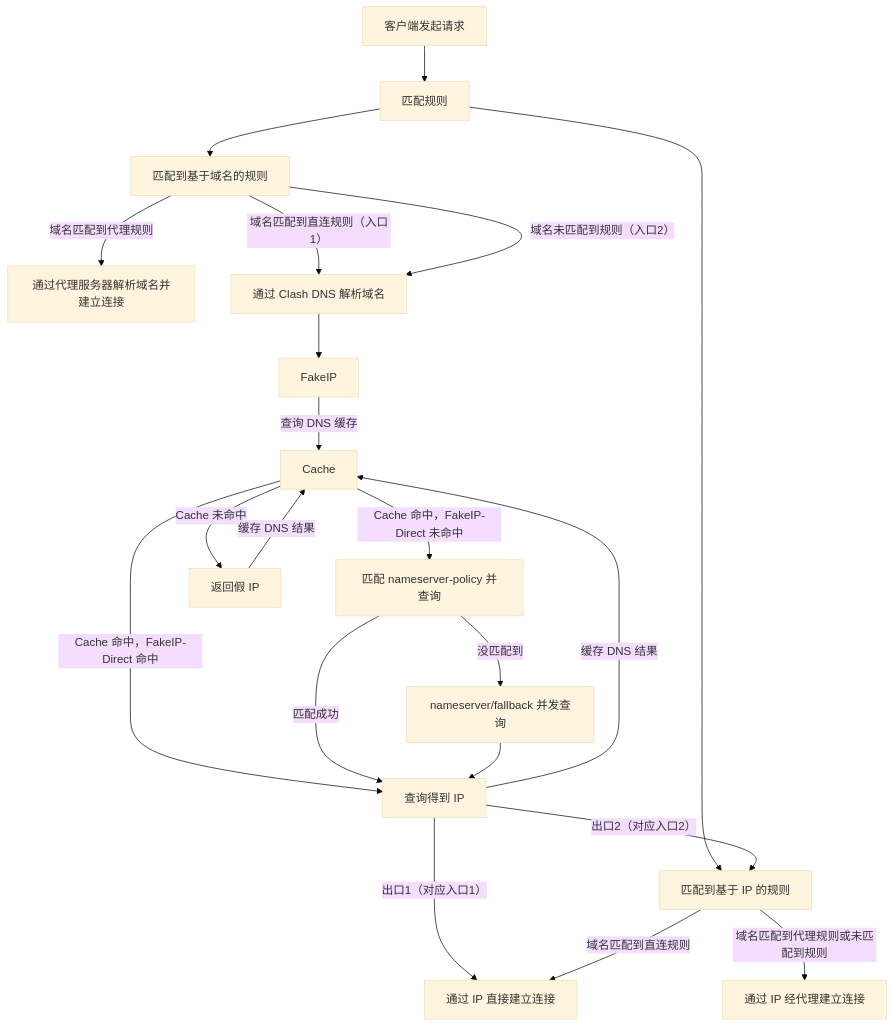
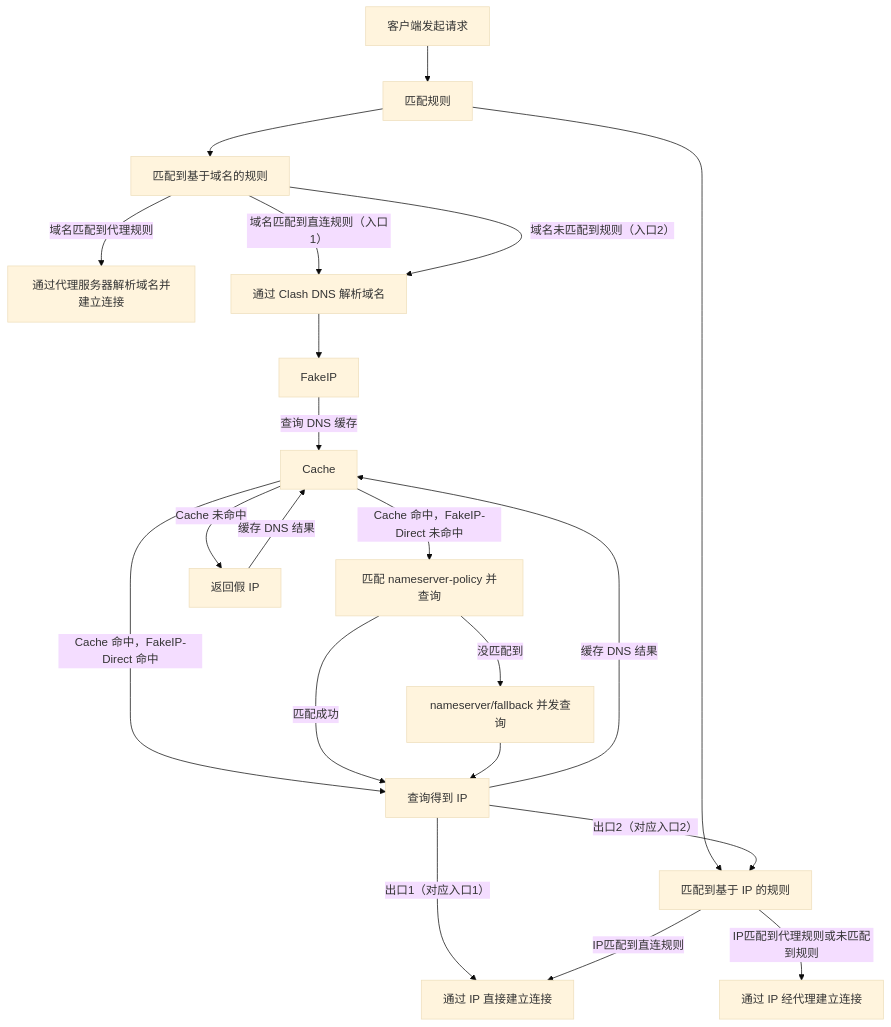
Before and after one commit to Jishi0/sub-rule: the diagram in 1.md, drawn with Mermaid (base theme).

````diff
--- a/1.md
+++ b/1.md
@@ -1,34 +1,34 @@
 ```mermaid
 flowchart TD
   Start[客户端发起请求] --> rule[匹配规则]
   rule -->  Domain[匹配到基于域名的规则]
   rule --> IP[匹配到基于 IP 的规则]
 
   Domain --> |域名匹配到代理规则|Remote[通过代理服务器解析域名并建立连接]
   Domain --> |域名匹配到直连规则（入口1）|DNS[通过 Clash DNS 解析域名]
   Domain --> |域名未匹配到规则（入口2）|DNS
 
   DNS --> FakeIP
   FakeIP --> |查询 DNS 缓存|Cache
 
   Cache --> |Cache 命中，FakeIP-Direct 命中|Get[查询得到 IP]
   Cache --> |Cache 命中，FakeIP-Direct 未命中|NS[匹配 nameserver-policy 并查询 ]
   Cache --> |Cache 未命中|FakeGet[返回假 IP]
 
   NS --> |匹配成功| Get
   NS --> |没匹配到| NF[nameserver/fallback 并发查询]
   NF --> Get
 
   Get --> |缓存 DNS 结果|Cache
   FakeGet --> |缓存 DNS 结果|Cache
 
 
   Get --> |出口1（对应入口1）|Direct[通过 IP 直接建立连接]
   Get --> |出口2（对应入口2）|IP
 
-  IP --> |域名匹配到直连规则|Direct
-  IP --> |域名匹配到代理规则或未匹配到规则|Proxy[通过 IP 经代理建立连接]
+  IP --> |IP匹配到直连规则|Direct
+  IP --> |IP匹配到代理规则或未匹配到规则|Proxy[通过 IP 经代理建立连接]
 
 
 
 ```
````
